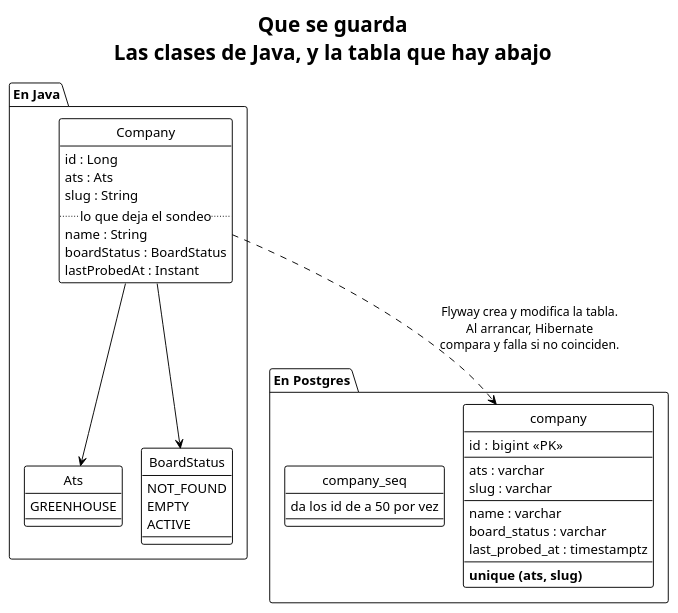
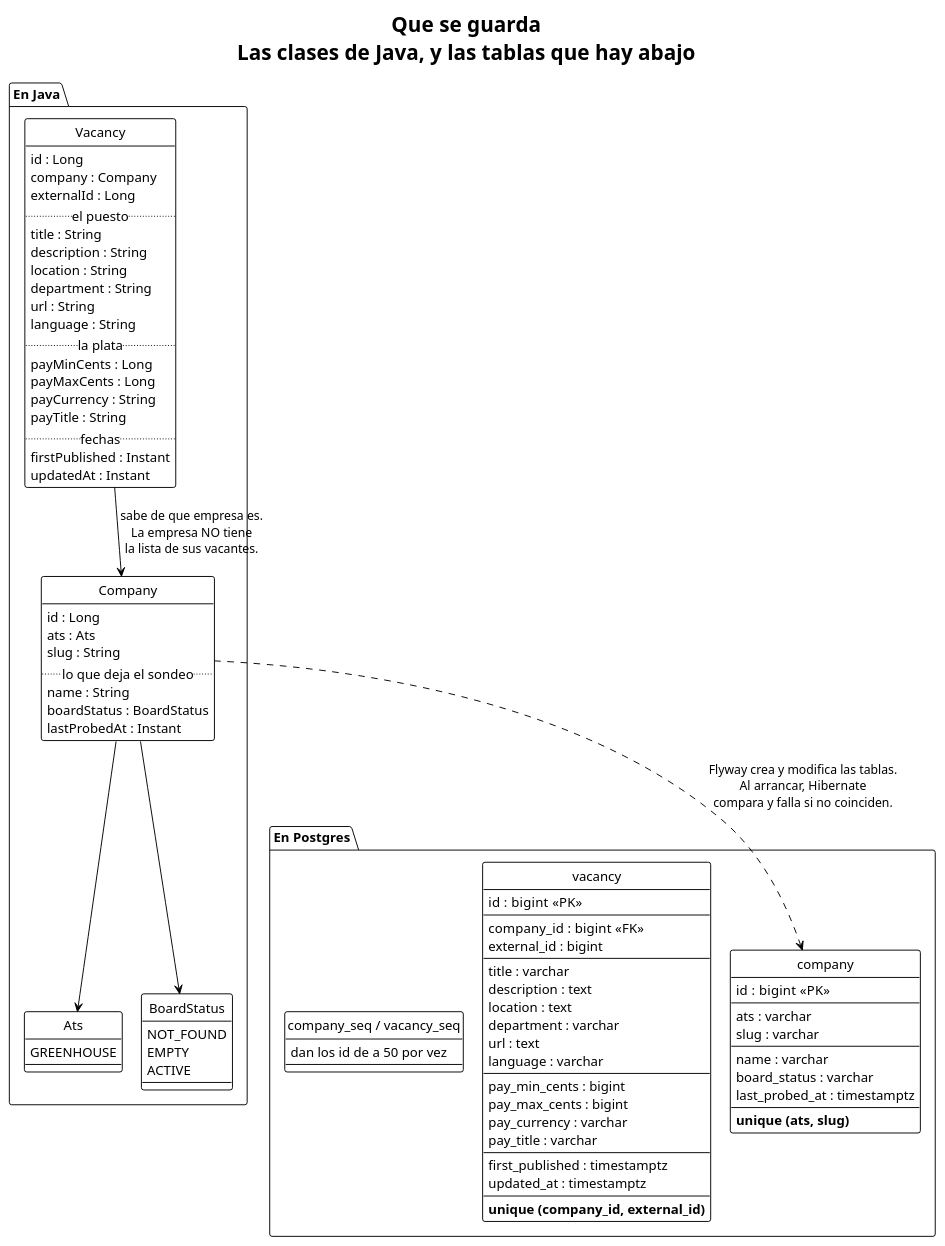
One commit to EliasNAires/oneprofile changed the diagram in docs/para-humanos/diagramas/modelo-de-datos.puml. Above: the diagram before and after it, drawn with PlantUML. The commit also changed 24 other files, not shown here.

```diff
--- a/docs/para-humanos/diagramas/modelo-de-datos.puml
+++ b/docs/para-humanos/diagramas/modelo-de-datos.puml
@@ -1,58 +1,105 @@
 @startuml modelo-de-datos
 !theme plain
-title Que se guarda\nLas clases de Java, y la tabla que hay abajo
+title Que se guarda\nLas clases de Java, y las tablas que hay abajo
 
 skinparam shadowing false
 skinparam nodesep 20
 skinparam ranksep 40
 hide circle
 
 package "En Java" {
 
   class Company {
     id : Long
     ats : Ats
     slug : String
     .. lo que deja el sondeo ..
     name : String
     boardStatus : BoardStatus
     lastProbedAt : Instant
   }
 
+  class Vacancy {
+    id : Long
+    company : Company
+    externalId : Long
+    .. el puesto ..
+    title : String
+    description : String
+    location : String
+    department : String
+    url : String
+    language : String
+    .. la plata ..
+    payMinCents : Long
+    payMaxCents : Long
+    payCurrency : String
+    payTitle : String
+    .. fechas ..
+    firstPublished : Instant
+    updatedAt : Instant
+  }
+
   enum Ats {
     GREENHOUSE
   }
 
   enum BoardStatus {
     NOT_FOUND
     EMPTY
     ACTIVE
   }
 
   Company --> Ats
   Company --> BoardStatus
+  Vacancy --> Company : sabe de que empresa es.\nLa empresa NO tiene\nla lista de sus vacantes.
 }
 
 package "En Postgres" {
 
-  entity "company" as t {
+  entity "company" as tc {
     id : bigint  <<PK>>
     --
     ats : varchar
     slug : varchar
     --
     name : varchar
     board_status : varchar
     last_probed_at : timestamptz
     --
     **unique (ats, slug)**
   }
 
-  entity "company_seq" as s {
-    da los id de a 50 por vez
+  entity "vacancy" as tv {
+    id : bigint  <<PK>>
+    --
+    company_id : bigint  <<FK>>
+    external_id : bigint
+    --
+    title : varchar
+    description : text
+    location : text
+    department : varchar
+    url : text
+    language : varchar
+    --
+    pay_min_cents : bigint
+    pay_max_cents : bigint
+    pay_currency : varchar
+    pay_title : varchar
+    --
+    first_published : timestamptz
+    updated_at : timestamptz
+    --
+    **unique (company_id, external_id)**
   }
+
+  entity "company_seq / vacancy_seq" as s {
+    dan los id de a 50 por vez
+  }
+
 }
 
-Company ..> t : Flyway crea y modifica la tabla.\nAl arrancar, Hibernate\ncompara y falla si no coinciden.
+Company ..> tc : Flyway crea y modifica las tablas.\nAl arrancar, Hibernate\ncompara y falla si no coinciden.
 
 @enduml
```
